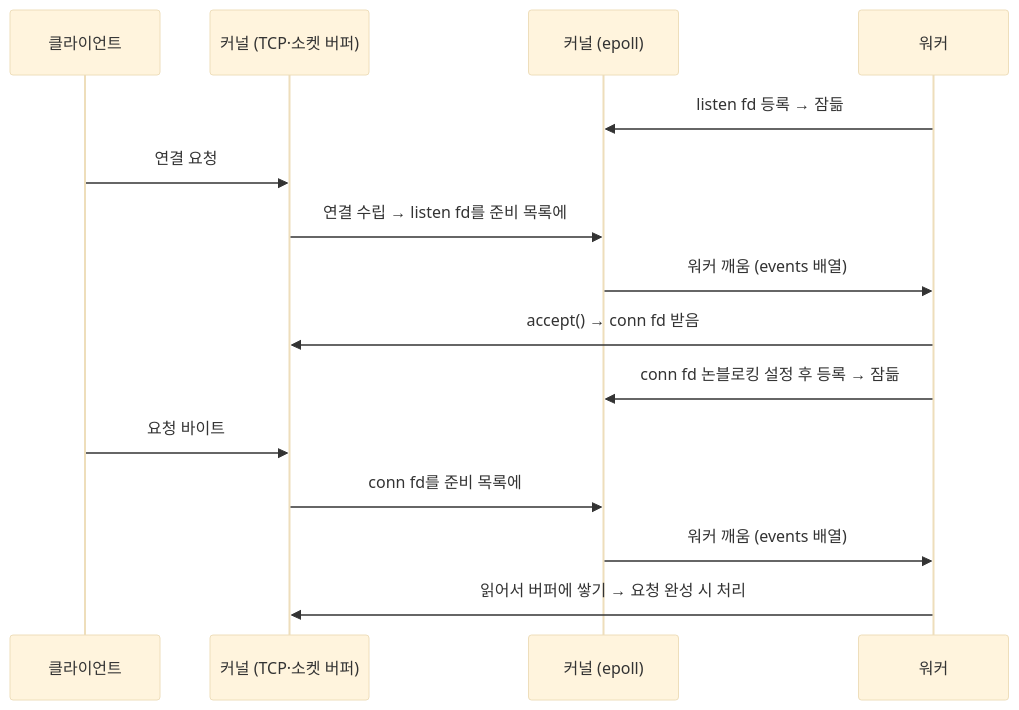
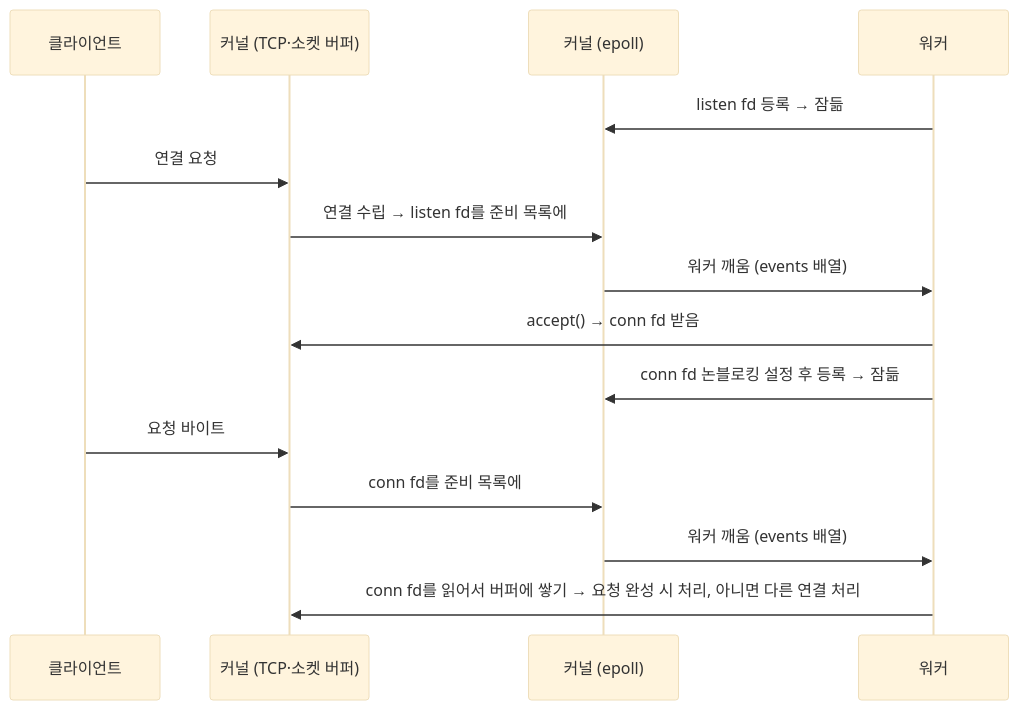
The first of 2 diagrams in README.md (choimoohun/SW-AI-W13-Web-Server), drawn with Mermaid (base theme) before and after one commit.

Commit message:
Update README to clarify worker connection handling
Clarify the processing of connection file descriptors in the worker.

````diff
--- a/README.md
+++ b/README.md
@@ -43,20 +43,20 @@
 ```mermaid
 sequenceDiagram
     participant C as 클라이언트
     participant K as 커널 (TCP·소켓 버퍼)
     participant E as 커널 (epoll)
     participant W as 워커
 
     W->>E: listen fd 등록 → 잠듦
 
     C->>K: 연결 요청
     K->>E: 연결 수립 → listen fd를 준비 목록에
     E->>W: 워커 깨움 (events 배열)
     W->>K: accept() → conn fd 받음
     W->>E: conn fd 논블로킹 설정 후 등록 → 잠듦
 
     C->>K: 요청 바이트
     K->>E: conn fd를 준비 목록에
     E->>W: 워커 깨움 (events 배열)
-    W->>K: 읽어서 버퍼에 쌓기 → 요청 완성 시 처리
+    W->>K: conn fd를 읽어서 버퍼에 쌓기 → 요청 완성 시 처리, 아니면 다른 연결 처리
 ```
````
